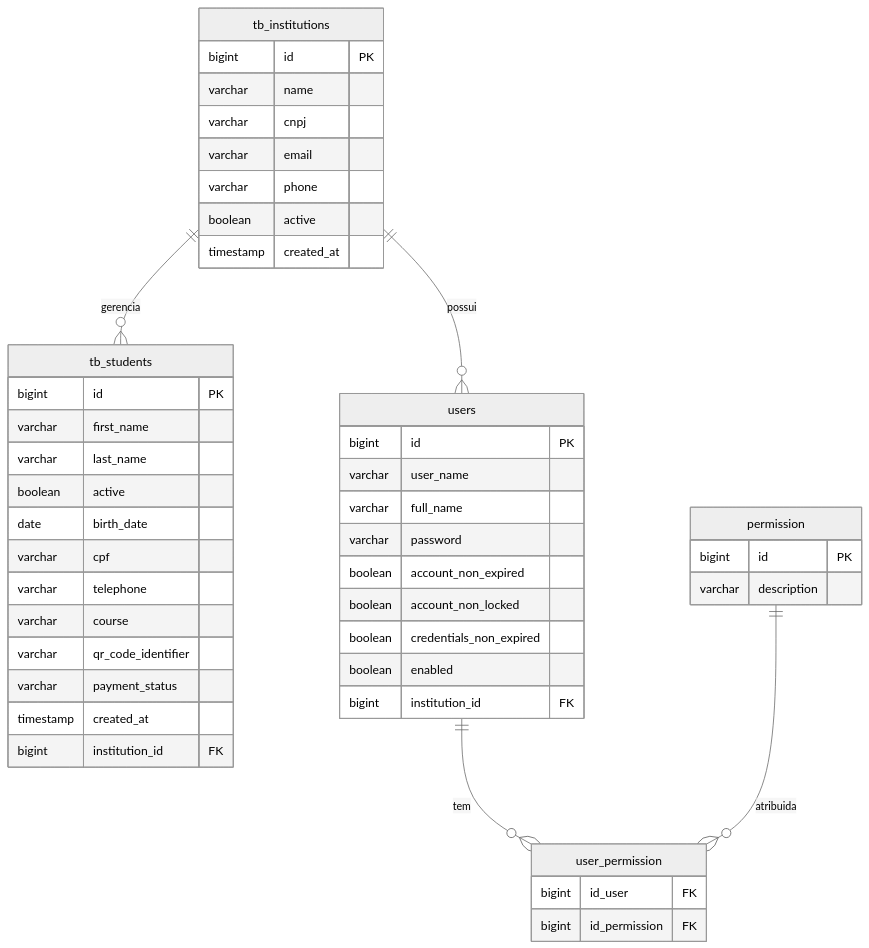
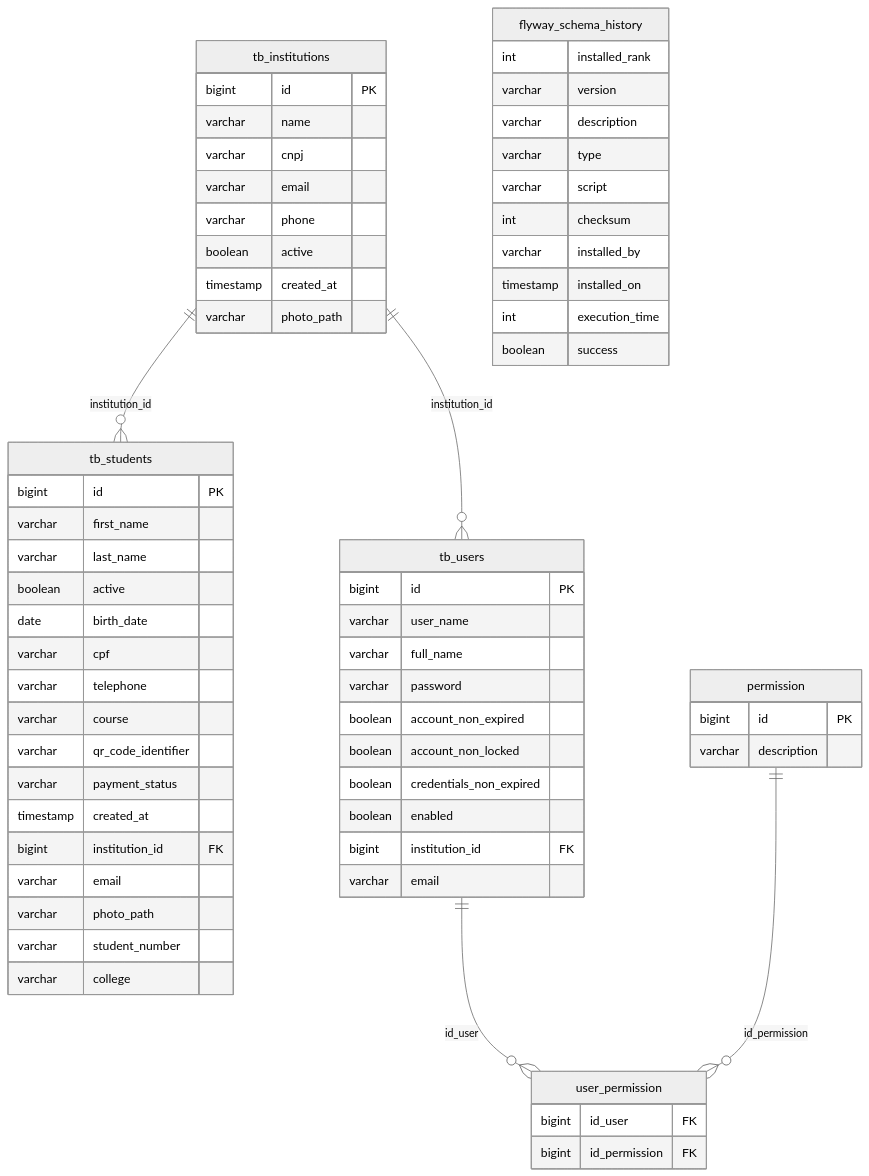
Before and after one commit to GuilhermeGarap/ekko-transport-api-showcase: the second of 2 diagrams in README.md, drawn with Mermaid (neutral theme).

Commit message:
Atualiza diagrama ER e adiciona novos campos nas tabelas do banco de dados

````diff
--- a/README.md
+++ b/README.md
@@ -93,54 +93,73 @@
 ```mermaid
 erDiagram
-    tb_institutions ||--o{ tb_students : "gerencia"
-    tb_institutions ||--o{ users : "possui"
-    users ||--o{ user_permission : "tem"
-    permission ||--o{ user_permission : "atribuida"
+    tb_institutions ||--o{ tb_students : "institution_id"
+    tb_institutions ||--o{ tb_users : "institution_id"
+    tb_users ||--o{ user_permission : "id_user"
+    permission ||--o{ user_permission : "id_permission"
 
     tb_institutions {
         bigint id PK
         varchar name
         varchar cnpj
         varchar email
         varchar phone
         boolean active
         timestamp created_at
+        varchar photo_path
     }
 
     tb_students {
         bigint id PK
         varchar first_name
         varchar last_name
         boolean active
         date birth_date
         varchar cpf
         varchar telephone
         varchar course
         varchar qr_code_identifier
         varchar payment_status
         timestamp created_at
         bigint institution_id FK
+        varchar email
+        varchar photo_path
+        varchar student_number
+        varchar college
     }
 
-    users {
+    tb_users {
         bigint id PK
         varchar user_name
         varchar full_name
         varchar password
         boolean account_non_expired
         boolean account_non_locked
         boolean credentials_non_expired
         boolean enabled
         bigint institution_id FK
+        varchar email
     }
 
     permission {
         bigint id PK
         varchar description
     }
 
     user_permission {
         bigint id_user FK
         bigint id_permission FK
     }
+
+    flyway_schema_history {
+        int installed_rank
+        varchar version
+        varchar description
+        varchar type
+        varchar script
+        int checksum
+        varchar installed_by
+        timestamp installed_on
+        int execution_time
+        boolean success
+    }
 ```
````
